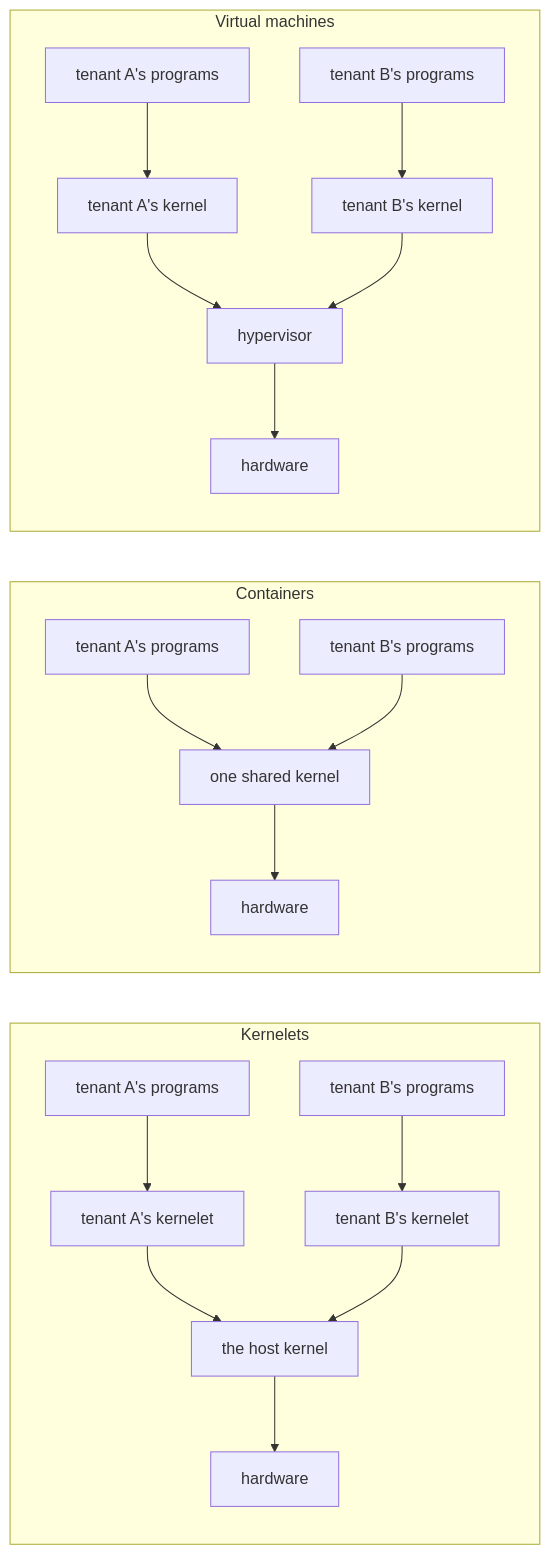
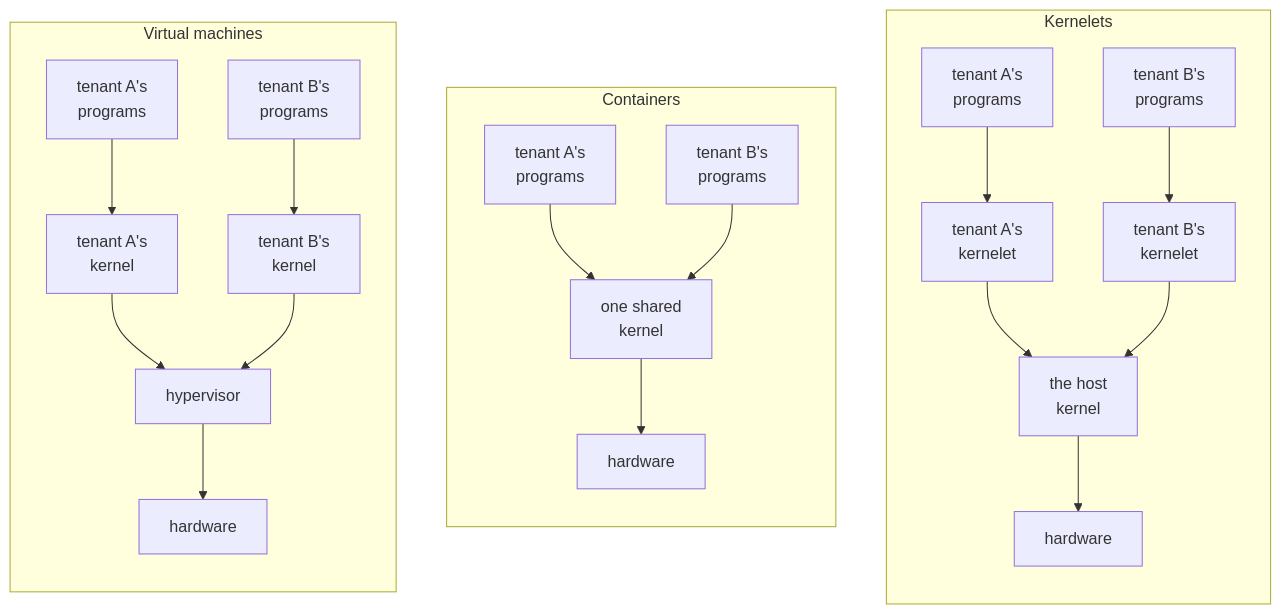
The diagram in src/why-a-kernel-of-your-own.md (Plucky923/kernelet), drawn with Mermaid before and after one commit. The commit also changed 44 other files, not shown here.

First line of the commit message:
Chapter 1 figure: the three panels side by side

````diff
--- a/src/why-a-kernel-of-your-own.md
+++ b/src/why-a-kernel-of-your-own.md
@@ -13,25 +13,26 @@
 ```mermaid
 flowchart LR
     subgraph KL["Kernelets"]
         direction TB
-        a3[tenant A's programs] --> akl[tenant A's kernelet]
-        b3[tenant B's programs] --> bkl[tenant B's kernelet]
-        akl --> hk[the host kernel]
+        a3["tenant A's<br/>programs"] --> akl["tenant A's<br/>kernelet"]
+        b3["tenant B's<br/>programs"] --> bkl["tenant B's<br/>kernelet"]
+        akl --> hk["the host<br/>kernel"]
         bkl --> hk
         hk --> hw3[hardware]
     end
     subgraph CT["Containers"]
         direction TB
-        a2[tenant A's programs] --> sk[one shared kernel]
-        b2[tenant B's programs] --> sk
+        a2["tenant A's<br/>programs"] --> sk["one shared<br/>kernel"]
+        b2["tenant B's<br/>programs"] --> sk
         sk --> hw2[hardware]
     end
     subgraph VM["Virtual machines"]
         direction TB
-        a1[tenant A's programs] --> ak[tenant A's kernel]
-        b1[tenant B's programs] --> bk[tenant B's kernel]
+        a1["tenant A's<br/>programs"] --> ak["tenant A's<br/>kernel"]
+        b1["tenant B's<br/>programs"] --> bk["tenant B's<br/>kernel"]
         ak --> hv[hypervisor]
         bk --> hv
         hv --> hw1[hardware]
     end
+    VM ~~~ CT ~~~ KL
 ```
````
